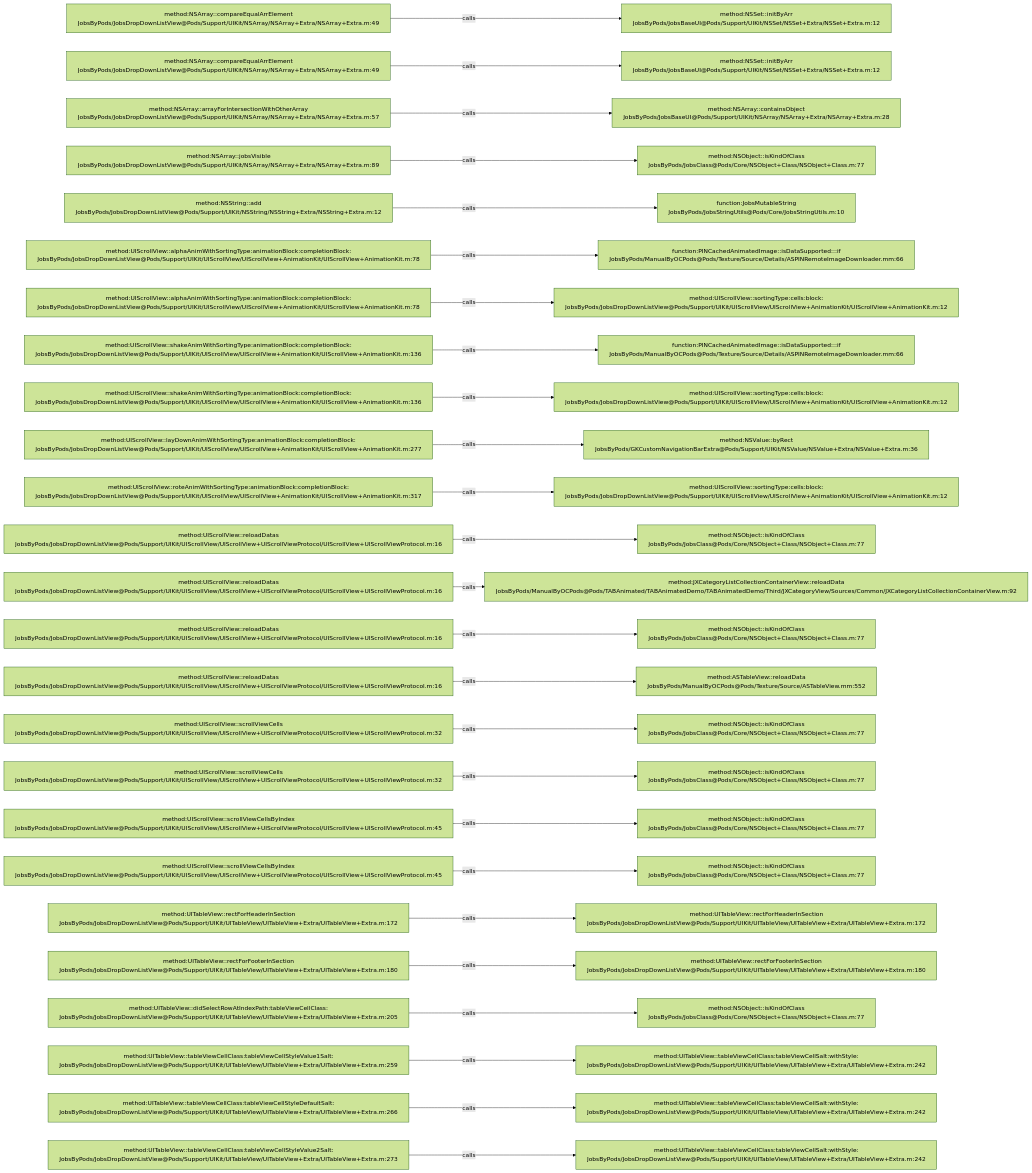
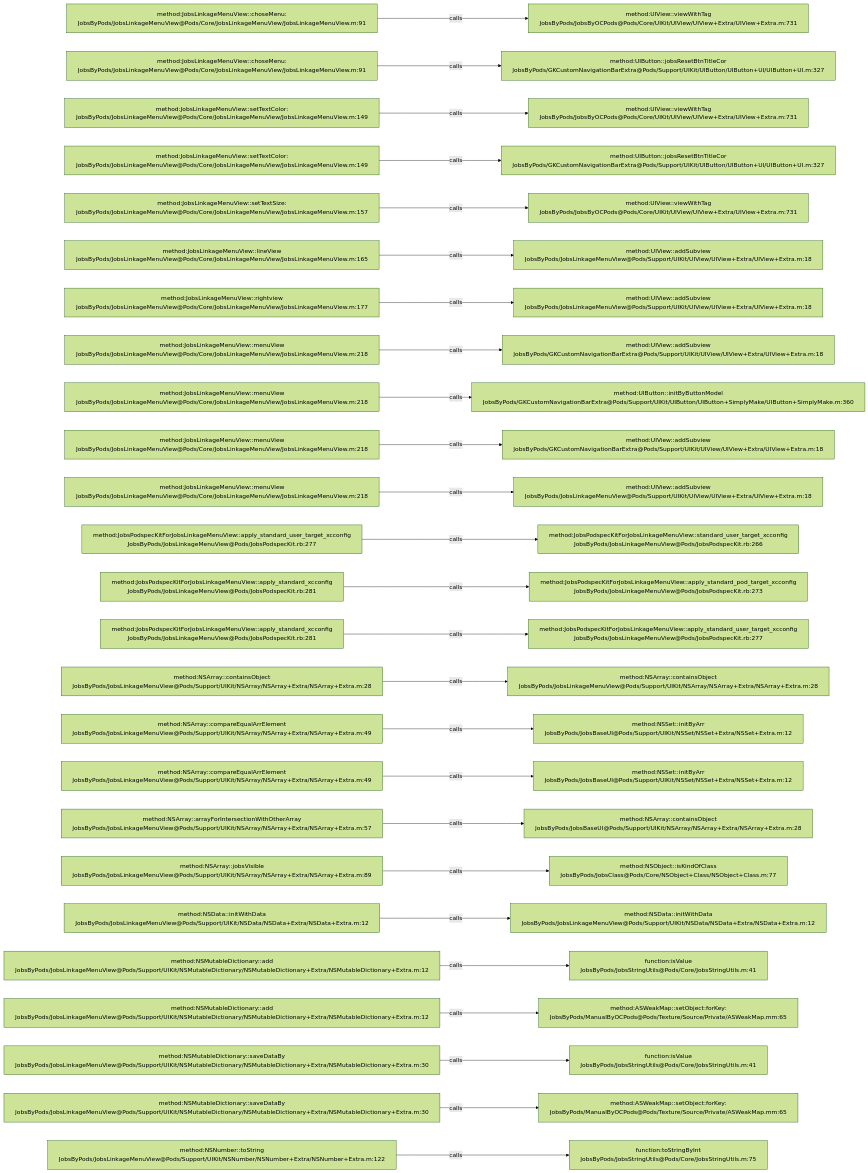
The diagram in .codegraph/codegraph.md/graphs/calls-097.md (JobsKits/JobsOCBaseConfigDemo), drawn with Mermaid (forest theme) before and after one commit. The commit also changed 639 other files, not shown here.

````diff
--- a/.codegraph/codegraph.md/graphs/calls-097.md
+++ b/.codegraph/codegraph.md/graphs/calls-097.md
@@ -13,78 +13,78 @@
 ```mermaid
 flowchart LR
-  S1["method:NSArray::compareEqualArrElement<br/>JobsByPods/JobsDropDownListView@Pods/Support/UIKit/NSArray/NSArray+Extra/NSArray+Extra.m:49"]
-  T1["method:NSSet::initByArr<br/>JobsByPods/JobsBaseUI@Pods/Support/UIKit/NSSet/NSSet+Extra/NSSet+Extra.m:12"]
+  S1["method:JobsLinkageMenuView::choseMenu:<br/>JobsByPods/JobsLinkageMenuView@Pods/Core/JobsLinkageMenuView/JobsLinkageMenuView.m:91"]
+  T1["method:UIView::viewWithTag<br/>JobsByPods/JobsByOCPods@Pods/Core/UIKit/UIView/UIView+Extra/UIView+Extra.m:731"]
   S1 -->|calls| T1
-  S2["method:NSArray::compareEqualArrElement<br/>JobsByPods/JobsDropDownListView@Pods/Support/UIKit/NSArray/NSArray+Extra/NSArray+Extra.m:49"]
-  T2["method:NSSet::initByArr<br/>JobsByPods/JobsBaseUI@Pods/Support/UIKit/NSSet/NSSet+Extra/NSSet+Extra.m:12"]
+  S2["method:JobsLinkageMenuView::choseMenu:<br/>JobsByPods/JobsLinkageMenuView@Pods/Core/JobsLinkageMenuView/JobsLinkageMenuView.m:91"]
+  T2["method:UIButton::jobsResetBtnTitleCor<br/>JobsByPods/GKCustomNavigationBarExtra@Pods/Support/UIKit/UIButton/UIButton+UI/UIButton+UI.m:327"]
   S2 -->|calls| T2
-  S3["method:NSArray::arrayForIntersectionWithOtherArray<br/>JobsByPods/JobsDropDownListView@Pods/Support/UIKit/NSArray/NSArray+Extra/NSArray+Extra.m:57"]
-  T3["method:NSArray::containsObject<br/>JobsByPods/JobsBaseUI@Pods/Support/UIKit/NSArray/NSArray+Extra/NSArray+Extra.m:28"]
+  S3["method:JobsLinkageMenuView::setTextColor:<br/>JobsByPods/JobsLinkageMenuView@Pods/Core/JobsLinkageMenuView/JobsLinkageMenuView.m:149"]
+  T3["method:UIView::viewWithTag<br/>JobsByPods/JobsByOCPods@Pods/Core/UIKit/UIView/UIView+Extra/UIView+Extra.m:731"]
   S3 -->|calls| T3
-  S4["method:NSArray::jobsVisible<br/>JobsByPods/JobsDropDownListView@Pods/Support/UIKit/NSArray/NSArray+Extra/NSArray+Extra.m:89"]
-  T4["method:NSObject::isKindOfClass<br/>JobsByPods/JobsClass@Pods/Core/NSObject+Class/NSObject+Class.m:77"]
+  S4["method:JobsLinkageMenuView::setTextColor:<br/>JobsByPods/JobsLinkageMenuView@Pods/Core/JobsLinkageMenuView/JobsLinkageMenuView.m:149"]
+  T4["method:UIButton::jobsResetBtnTitleCor<br/>JobsByPods/GKCustomNavigationBarExtra@Pods/Support/UIKit/UIButton/UIButton+UI/UIButton+UI.m:327"]
   S4 -->|calls| T4
-  S5["method:NSString::add<br/>JobsByPods/JobsDropDownListView@Pods/Support/UIKit/NSString/NSString+Extra/NSString+Extra.m:12"]
-  T5["function:JobsMutableString<br/>JobsByPods/JobsStringUtils@Pods/Core/JobsStringUtils.m:10"]
+  S5["method:JobsLinkageMenuView::setTextSize:<br/>JobsByPods/JobsLinkageMenuView@Pods/Core/JobsLinkageMenuView/JobsLinkageMenuView.m:157"]
+  T5["method:UIView::viewWithTag<br/>JobsByPods/JobsByOCPods@Pods/Core/UIKit/UIView/UIView+Extra/UIView+Extra.m:731"]
   S5 -->|calls| T5
-  S6["method:UIScrollView::alphaAnimWithSortingType:animationBlock:completionBlock:<br/>JobsByPods/JobsDropDownListView@Pods/Support/UIKit/UIScrollView/UIScrollView+AnimationKit/UIScrollView+AnimationKit.m:78"]
-  T6["function:PINCachedAnimatedImage::isDataSupported:::if<br/>JobsByPods/ManualByOCPods@Pods/Texture/Source/Details/ASPINRemoteImageDownloader.mm:66"]
+  S6["method:JobsLinkageMenuView::lineView<br/>JobsByPods/JobsLinkageMenuView@Pods/Core/JobsLinkageMenuView/JobsLinkageMenuView.m:165"]
+  T6["method:UIView::addSubview<br/>JobsByPods/JobsLinkageMenuView@Pods/Support/UIKit/UIView/UIView+Extra/UIView+Extra.m:18"]
   S6 -->|calls| T6
-  S7["method:UIScrollView::alphaAnimWithSortingType:animationBlock:completionBlock:<br/>JobsByPods/JobsDropDownListView@Pods/Support/UIKit/UIScrollView/UIScrollView+AnimationKit/UIScrollView+AnimationKit.m:78"]
-  T7["method:UIScrollView::sortingType:cells:block:<br/>JobsByPods/JobsDropDownListView@Pods/Support/UIKit/UIScrollView/UIScrollView+AnimationKit/UIScrollView+AnimationKit.m:12"]
+  S7["method:JobsLinkageMenuView::rightview<br/>JobsByPods/JobsLinkageMenuView@Pods/Core/JobsLinkageMenuView/JobsLinkageMenuView.m:177"]
+  T7["method:UIView::addSubview<br/>JobsByPods/JobsLinkageMenuView@Pods/Support/UIKit/UIView/UIView+Extra/UIView+Extra.m:18"]
   S7 -->|calls| T7
-  S8["method:UIScrollView::shakeAnimWithSortingType:animationBlock:completionBlock:<br/>JobsByPods/JobsDropDownListView@Pods/Support/UIKit/UIScrollView/UIScrollView+AnimationKit/UIScrollView+AnimationKit.m:136"]
-  T8["function:PINCachedAnimatedImage::isDataSupported:::if<br/>JobsByPods/ManualByOCPods@Pods/Texture/Source/Details/ASPINRemoteImageDownloader.mm:66"]
+  S8["method:JobsLinkageMenuView::menuView<br/>JobsByPods/JobsLinkageMenuView@Pods/Core/JobsLinkageMenuView/JobsLinkageMenuView.m:218"]
+  T8["method:UIView::addSubview<br/>JobsByPods/GKCustomNavigationBarExtra@Pods/Support/UIKit/UIView/UIView+Extra/UIView+Extra.m:18"]
   S8 -->|calls| T8
-  S9["method:UIScrollView::shakeAnimWithSortingType:animationBlock:completionBlock:<br/>JobsByPods/JobsDropDownListView@Pods/Support/UIKit/UIScrollView/UIScrollView+AnimationKit/UIScrollView+AnimationKit.m:136"]
-  T9["method:UIScrollView::sortingType:cells:block:<br/>JobsByPods/JobsDropDownListView@Pods/Support/UIKit/UIScrollView/UIScrollView+AnimationKit/UIScrollView+AnimationKit.m:12"]
+  S9["method:JobsLinkageMenuView::menuView<br/>JobsByPods/JobsLinkageMenuView@Pods/Core/JobsLinkageMenuView/JobsLinkageMenuView.m:218"]
+  T9["method:UIButton::initByButtonModel<br/>JobsByPods/GKCustomNavigationBarExtra@Pods/Support/UIKit/UIButton/UIButton+SimplyMake/UIButton+SimplyMake.m:360"]
   S9 -->|calls| T9
-  S10["method:UIScrollView::layDownAnimWithSortingType:animationBlock:completionBlock:<br/>JobsByPods/JobsDropDownListView@Pods/Support/UIKit/UIScrollView/UIScrollView+AnimationKit/UIScrollView+AnimationKit.m:277"]
-  T10["method:NSValue::byRect<br/>JobsByPods/GKCustomNavigationBarExtra@Pods/Support/UIKit/NSValue/NSValue+Extra/NSValue+Extra.m:36"]
+  S10["method:JobsLinkageMenuView::menuView<br/>JobsByPods/JobsLinkageMenuView@Pods/Core/JobsLinkageMenuView/JobsLinkageMenuView.m:218"]
+  T10["method:UIView::addSubview<br/>JobsByPods/GKCustomNavigationBarExtra@Pods/Support/UIKit/UIView/UIView+Extra/UIView+Extra.m:18"]
   S10 -->|calls| T10
-  S11["method:UIScrollView::roteAnimWithSortingType:animationBlock:completionBlock:<br/>JobsByPods/JobsDropDownListView@Pods/Support/UIKit/UIScrollView/UIScrollView+AnimationKit/UIScrollView+AnimationKit.m:317"]
-  T11["method:UIScrollView::sortingType:cells:block:<br/>JobsByPods/JobsDropDownListView@Pods/Support/UIKit/UIScrollView/UIScrollView+AnimationKit/UIScrollView+AnimationKit.m:12"]
+  S11["method:JobsLinkageMenuView::menuView<br/>JobsByPods/JobsLinkageMenuView@Pods/Core/JobsLinkageMenuView/JobsLinkageMenuView.m:218"]
+  T11["method:UIView::addSubview<br/>JobsByPods/JobsLinkageMenuView@Pods/Support/UIKit/UIView/UIView+Extra/UIView+Extra.m:18"]
   S11 -->|calls| T11
-  S12["method:UIScrollView::reloadDatas<br/>JobsByPods/JobsDropDownListView@Pods/Support/UIKit/UIScrollView/UIScrollView+UIScrollViewProtocol/UIScrollView+UIScrollViewProtocol.m:16"]
-  T12["method:NSObject::isKindOfClass<br/>JobsByPods/JobsClass@Pods/Core/NSObject+Class/NSObject+Class.m:77"]
+  S12["method:JobsPodspecKitForJobsLinkageMenuView::apply_standard_user_target_xcconfig<br/>JobsByPods/JobsLinkageMenuView@Pods/JobsPodspecKit.rb:277"]
+  T12["method:JobsPodspecKitForJobsLinkageMenuView::standard_user_target_xcconfig<br/>JobsByPods/JobsLinkageMenuView@Pods/JobsPodspecKit.rb:266"]
   S12 -->|calls| T12
-  S13["method:UIScrollView::reloadDatas<br/>JobsByPods/JobsDropDownListView@Pods/Support/UIKit/UIScrollView/UIScrollView+UIScrollViewProtocol/UIScrollView+UIScrollViewProtocol.m:16"]
-  T13["method:JXCategoryListCollectionContainerView::reloadData<br/>JobsByPods/ManualByOCPods@Pods/TABAnimated/TABAnimatedDemo/TABAnimatedDemo/Third/JXCategoryView/Sources/Common/JXCategoryListCollectionContainerView.m:92"]
+  S13["method:JobsPodspecKitForJobsLinkageMenuView::apply_standard_xcconfig<br/>JobsByPods/JobsLinkageMenuView@Pods/JobsPodspecKit.rb:281"]
+  T13["method:JobsPodspecKitForJobsLinkageMenuView::apply_standard_pod_target_xcconfig<br/>JobsByPods/JobsLinkageMenuView@Pods/JobsPodspecKit.rb:273"]
   S13 -->|calls| T13
-  S14["method:UIScrollView::reloadDatas<br/>JobsByPods/JobsDropDownListView@Pods/Support/UIKit/UIScrollView/UIScrollView+UIScrollViewProtocol/UIScrollView+UIScrollViewProtocol.m:16"]
-  T14["method:NSObject::isKindOfClass<br/>JobsByPods/JobsClass@Pods/Core/NSObject+Class/NSObject+Class.m:77"]
+  S14["method:JobsPodspecKitForJobsLinkageMenuView::apply_standard_xcconfig<br/>JobsByPods/JobsLinkageMenuView@Pods/JobsPodspecKit.rb:281"]
+  T14["method:JobsPodspecKitForJobsLinkageMenuView::apply_standard_user_target_xcconfig<br/>JobsByPods/JobsLinkageMenuView@Pods/JobsPodspecKit.rb:277"]
   S14 -->|calls| T14
-  S15["method:UIScrollView::reloadDatas<br/>JobsByPods/JobsDropDownListView@Pods/Support/UIKit/UIScrollView/UIScrollView+UIScrollViewProtocol/UIScrollView+UIScrollViewProtocol.m:16"]
-  T15["method:ASTableView::reloadData<br/>JobsByPods/ManualByOCPods@Pods/Texture/Source/ASTableView.mm:552"]
+  S15["method:NSArray::containsObject<br/>JobsByPods/JobsLinkageMenuView@Pods/Support/UIKit/NSArray/NSArray+Extra/NSArray+Extra.m:28"]
+  T15["method:NSArray::containsObject<br/>JobsByPods/JobsLinkageMenuView@Pods/Support/UIKit/NSArray/NSArray+Extra/NSArray+Extra.m:28"]
   S15 -->|calls| T15
-  S16["method:UIScrollView::scrollViewCells<br/>JobsByPods/JobsDropDownListView@Pods/Support/UIKit/UIScrollView/UIScrollView+UIScrollViewProtocol/UIScrollView+UIScrollViewProtocol.m:32"]
-  T16["method:NSObject::isKindOfClass<br/>JobsByPods/JobsClass@Pods/Core/NSObject+Class/NSObject+Class.m:77"]
+  S16["method:NSArray::compareEqualArrElement<br/>JobsByPods/JobsLinkageMenuView@Pods/Support/UIKit/NSArray/NSArray+Extra/NSArray+Extra.m:49"]
+  T16["method:NSSet::initByArr<br/>JobsByPods/JobsBaseUI@Pods/Support/UIKit/NSSet/NSSet+Extra/NSSet+Extra.m:12"]
   S16 -->|calls| T16
-  S17["method:UIScrollView::scrollViewCells<br/>JobsByPods/JobsDropDownListView@Pods/Support/UIKit/UIScrollView/UIScrollView+UIScrollViewProtocol/UIScrollView+UIScrollViewProtocol.m:32"]
-  T17["method:NSObject::isKindOfClass<br/>JobsByPods/JobsClass@Pods/Core/NSObject+Class/NSObject+Class.m:77"]
+  S17["method:NSArray::compareEqualArrElement<br/>JobsByPods/JobsLinkageMenuView@Pods/Support/UIKit/NSArray/NSArray+Extra/NSArray+Extra.m:49"]
+  T17["method:NSSet::initByArr<br/>JobsByPods/JobsBaseUI@Pods/Support/UIKit/NSSet/NSSet+Extra/NSSet+Extra.m:12"]
   S17 -->|calls| T17
-  S18["method:UIScrollView::scrollViewCellsByIndex<br/>JobsByPods/JobsDropDownListView@Pods/Support/UIKit/UIScrollView/UIScrollView+UIScrollViewProtocol/UIScrollView+UIScrollViewProtocol.m:45"]
-  T18["method:NSObject::isKindOfClass<br/>JobsByPods/JobsClass@Pods/Core/NSObject+Class/NSObject+Class.m:77"]
+  S18["method:NSArray::arrayForIntersectionWithOtherArray<br/>JobsByPods/JobsLinkageMenuView@Pods/Support/UIKit/NSArray/NSArray+Extra/NSArray+Extra.m:57"]
+  T18["method:NSArray::containsObject<br/>JobsByPods/JobsBaseUI@Pods/Support/UIKit/NSArray/NSArray+Extra/NSArray+Extra.m:28"]
   S18 -->|calls| T18
-  S19["method:UIScrollView::scrollViewCellsByIndex<br/>JobsByPods/JobsDropDownListView@Pods/Support/UIKit/UIScrollView/UIScrollView+UIScrollViewProtocol/UIScrollView+UIScrollViewProtocol.m:45"]
+  S19["method:NSArray::jobsVisible<br/>JobsByPods/JobsLinkageMenuView@Pods/Support/UIKit/NSArray/NSArray+Extra/NSArray+Extra.m:89"]
   T19["method:NSObject::isKindOfClass<br/>JobsByPods/JobsClass@Pods/Core/NSObject+Class/NSObject+Class.m:77"]
   S19 -->|calls| T19
-  S20["method:UITableView::rectForHeaderInSection<br/>JobsByPods/JobsDropDownListView@Pods/Support/UIKit/UITableView/UITableView+Extra/UITableView+Extra.m:172"]
-  T20["method:UITableView::rectForHeaderInSection<br/>JobsByPods/JobsDropDownListView@Pods/Support/UIKit/UITableView/UITableView+Extra/UITableView+Extra.m:172"]
+  S20["method:NSData::initWithData<br/>JobsByPods/JobsLinkageMenuView@Pods/Support/UIKit/NSData/NSData+Extra/NSData+Extra.m:12"]
+  T20["method:NSData::initWithData<br/>JobsByPods/JobsLinkageMenuView@Pods/Support/UIKit/NSData/NSData+Extra/NSData+Extra.m:12"]
   S20 -->|calls| T20
-  S21["method:UITableView::rectForFooterInSection<br/>JobsByPods/JobsDropDownListView@Pods/Support/UIKit/UITableView/UITableView+Extra/UITableView+Extra.m:180"]
-  T21["method:UITableView::rectForFooterInSection<br/>JobsByPods/JobsDropDownListView@Pods/Support/UIKit/UITableView/UITableView+Extra/UITableView+Extra.m:180"]
+  S21["method:NSMutableDictionary::add<br/>JobsByPods/JobsLinkageMenuView@Pods/Support/UIKit/NSMutableDictionary/NSMutableDictionary+Extra/NSMutableDictionary+Extra.m:12"]
+  T21["function:isValue<br/>JobsByPods/JobsStringUtils@Pods/Core/JobsStringUtils.m:41"]
   S21 -->|calls| T21
-  S22["method:UITableView::didSelectRowAtIndexPath:tableViewCellClass:<br/>JobsByPods/JobsDropDownListView@Pods/Support/UIKit/UITableView/UITableView+Extra/UITableView+Extra.m:205"]
-  T22["method:NSObject::isKindOfClass<br/>JobsByPods/JobsClass@Pods/Core/NSObject+Class/NSObject+Class.m:77"]
+  S22["method:NSMutableDictionary::add<br/>JobsByPods/JobsLinkageMenuView@Pods/Support/UIKit/NSMutableDictionary/NSMutableDictionary+Extra/NSMutableDictionary+Extra.m:12"]
+  T22["method:ASWeakMap::setObject:forKey:<br/>JobsByPods/ManualByOCPods@Pods/Texture/Source/Private/ASWeakMap.mm:65"]
   S22 -->|calls| T22
-  S23["method:UITableView::tableViewCellClass:tableViewCellStyleValue1Salt:<br/>JobsByPods/JobsDropDownListView@Pods/Support/UIKit/UITableView/UITableView+Extra/UITableView+Extra.m:259"]
-  T23["method:UITableView::tableViewCellClass:tableViewCellSalt:withStyle:<br/>JobsByPods/JobsDropDownListView@Pods/Support/UIKit/UITableView/UITableView+Extra/UITableView+Extra.m:242"]
+  S23["method:NSMutableDictionary::saveDataBy<br/>JobsByPods/JobsLinkageMenuView@Pods/Support/UIKit/NSMutableDictionary/NSMutableDictionary+Extra/NSMutableDictionary+Extra.m:30"]
+  T23["function:isValue<br/>JobsByPods/JobsStringUtils@Pods/Core/JobsStringUtils.m:41"]
   S23 -->|calls| T23
-  S24["method:UITableView::tableViewCellClass:tableViewCellStyleDefaultSalt:<br/>JobsByPods/JobsDropDownListView@Pods/Support/UIKit/UITableView/UITableView+Extra/UITableView+Extra.m:266"]
-  T24["method:UITableView::tableViewCellClass:tableViewCellSalt:withStyle:<br/>JobsByPods/JobsDropDownListView@Pods/Support/UIKit/UITableView/UITableView+Extra/UITableView+Extra.m:242"]
+  S24["method:NSMutableDictionary::saveDataBy<br/>JobsByPods/JobsLinkageMenuView@Pods/Support/UIKit/NSMutableDictionary/NSMutableDictionary+Extra/NSMutableDictionary+Extra.m:30"]
+  T24["method:ASWeakMap::setObject:forKey:<br/>JobsByPods/ManualByOCPods@Pods/Texture/Source/Private/ASWeakMap.mm:65"]
   S24 -->|calls| T24
-  S25["method:UITableView::tableViewCellClass:tableViewCellStyleValue2Salt:<br/>JobsByPods/JobsDropDownListView@Pods/Support/UIKit/UITableView/UITableView+Extra/UITableView+Extra.m:273"]
-  T25["method:UITableView::tableViewCellClass:tableViewCellSalt:withStyle:<br/>JobsByPods/JobsDropDownListView@Pods/Support/UIKit/UITableView/UITableView+Extra/UITableView+Extra.m:242"]
+  S25["method:NSNumber::toString<br/>JobsByPods/JobsLinkageMenuView@Pods/Support/UIKit/NSNumber/NSNumber+Extra/NSNumber+Extra.m:122"]
+  T25["function:toStringByInt<br/>JobsByPods/JobsStringUtils@Pods/Core/JobsStringUtils.m:75"]
   S25 -->|calls| T25
 ```
````
